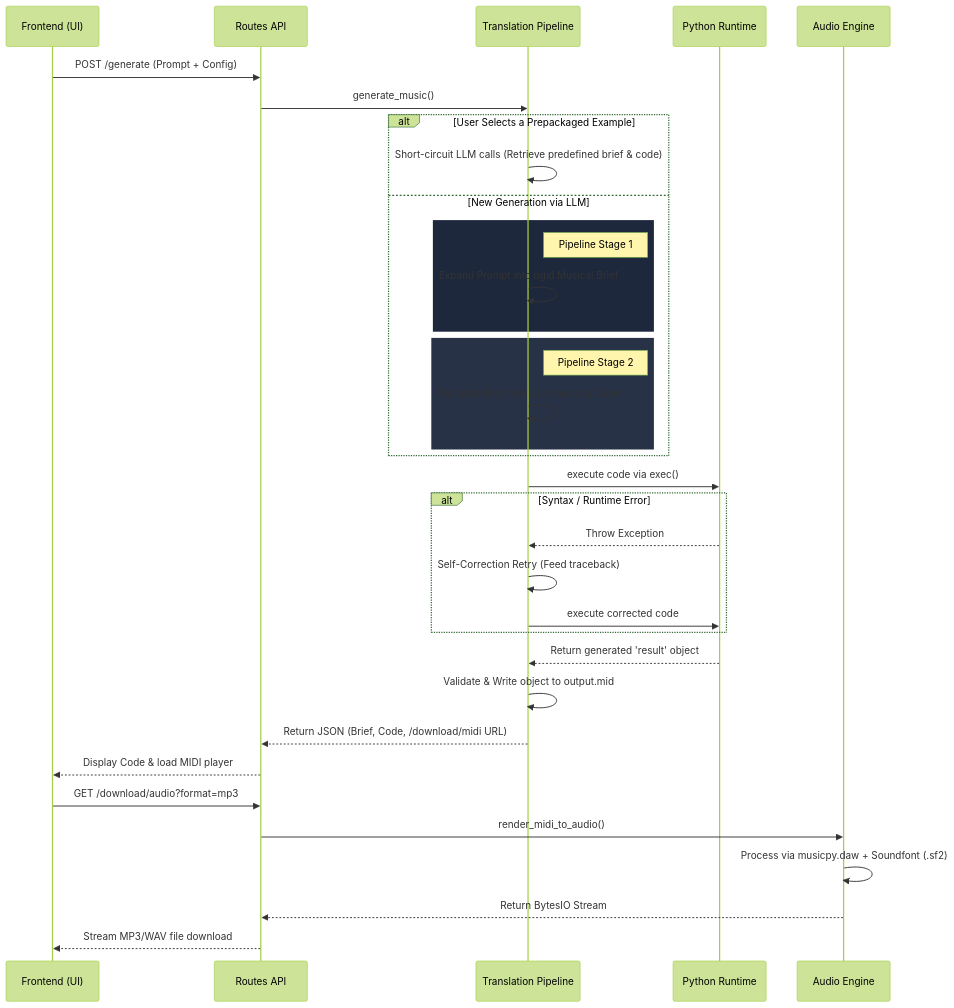
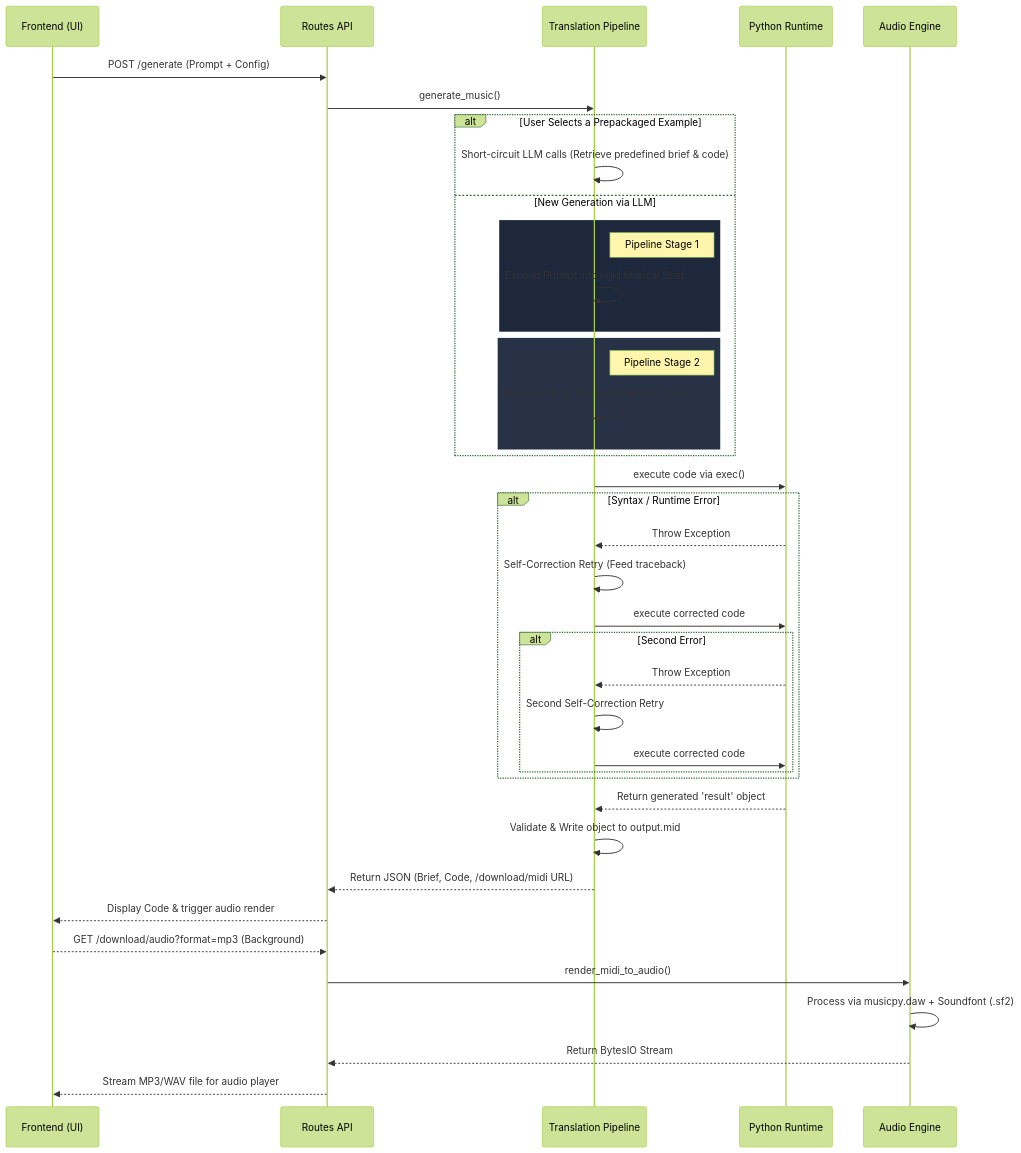
The diagram in docs/architecture.md (Misterscan/STALGIA), drawn with Mermaid (forest theme) before and after one commit. The commit also changed other lines of this file and 13 other files, not shown here.

````diff
--- a/docs/architecture.md
+++ b/docs/architecture.md
@@ -17,43 +17,49 @@
 ```mermaid
 sequenceDiagram
     participant Client as Frontend (UI)
     participant API as Routes API
     participant Gen as Translation Pipeline
     participant Exec as Python Runtime
     participant Audio as Audio Engine
 
     Client->>API: POST /generate (Prompt + Config)
     API->>Gen: generate_music()
     
     alt User Selects a Prepackaged Example
         Gen->>Gen: Short-circuit LLM calls (Retrieve predefined brief & code)
     else New Generation via LLM
         rect rgb(30, 40, 60)
             Note right of Gen: Pipeline Stage 1
             Gen->>Gen: Expand Prompt into rigid Musical Brief
         end
         
         rect rgb(40, 50, 70)
             Note right of Gen: Pipeline Stage 2
             Gen->>Gen: Translate Brief into pure musicpy Code
         end
     end
     
     Gen->>Exec: execute code via exec()
     alt Syntax / Runtime Error
         Exec-->>Gen: Throw Exception
         Gen->>Gen: Self-Correction Retry (Feed traceback)
         Gen->>Exec: execute corrected code
+        
+        alt Second Error
+            Exec-->>Gen: Throw Exception
+            Gen->>Gen: Second Self-Correction Retry
+            Gen->>Exec: execute corrected code
+        end
     end
     Exec-->>Gen: Return generated 'result' object
     
     Gen->>Gen: Validate & Write object to output.mid
     Gen-->>API: Return JSON (Brief, Code, /download/midi URL)
-    API-->>Client: Display Code & load MIDI player
+    API-->>Client: Display Code & trigger audio render
     
-    Client->>API: GET /download/audio?format=mp3
+    Client-->>API: GET /download/audio?format=mp3 (Background)
     API->>Audio: render_midi_to_audio()
     Audio->>Audio: Process via musicpy.daw + Soundfont (.sf2)
     Audio-->>API: Return BytesIO Stream
-    API-->>Client: Stream MP3/WAV file download
+    API-->>Client: Stream MP3/WAV file for audio player
 ```
````
